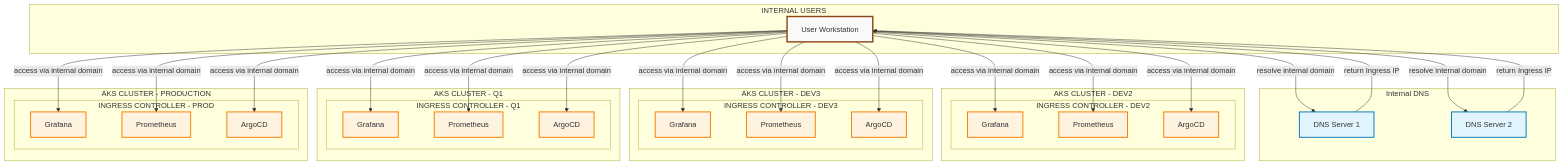
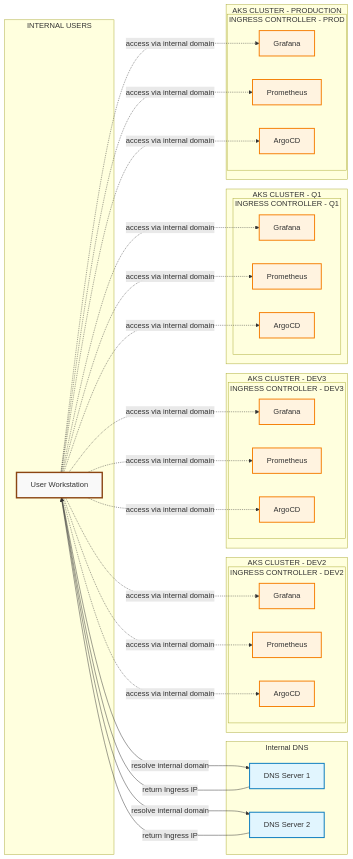
One commit to infra-wizard/infra-ops changed the diagram in network-architecture-diagram.md. Above: the diagram before and after it, drawn with Mermaid.

````diff
--- a/network-architecture-diagram.md
+++ b/network-architecture-diagram.md
@@ -7,77 +7,77 @@
 ```mermaid
-graph TB
+graph LR
     subgraph "INTERNAL USERS"
         UW[User Workstation]
     end
     
     subgraph "Internal DNS"
         DNS1[DNS Server 1]
         DNS2[DNS Server 2]
     end
     
     subgraph "AKS CLUSTER - DEV2"
         subgraph "INGRESS CONTROLLER - DEV2"
             GRAFANA2[Grafana]
             PROMETHEUS2[Prometheus]
             ARGOCD2[ArgoCD]
         end
     end
     
     subgraph "AKS CLUSTER - DEV3"
         subgraph "INGRESS CONTROLLER - DEV3"
             GRAFANA3[Grafana]
             PROMETHEUS3[Prometheus]
             ARGOCD3[ArgoCD]
         end
     end
     
     subgraph "AKS CLUSTER - Q1"
         subgraph "INGRESS CONTROLLER - Q1"
             GRAFANA4[Grafana]
             PROMETHEUS4[Prometheus]
             ARGOCD4[ArgoCD]
         end
     end
     
     subgraph "AKS CLUSTER - PRODUCTION"
         subgraph "INGRESS CONTROLLER - PROD"
             GRAFANA1[Grafana]
             PROMETHEUS1[Prometheus]
             ARGOCD1[ArgoCD]
         end
     end
     
     %% DNS Resolution Flow
     UW -->|resolve internal domain| DNS1
     UW -->|resolve internal domain| DNS2
     DNS1 -->|return Ingress IP| UW
     DNS2 -->|return Ingress IP| UW
     
-    %% Application Access Flow
-    UW -->|access via internal domain| GRAFANA2
-    UW -->|access via internal domain| PROMETHEUS2
-    UW -->|access via internal domain| ARGOCD2
+    %% Application Access Flow - curved arrows to match original
+    UW -.->|access via internal domain| GRAFANA2
+    UW -.->|access via internal domain| PROMETHEUS2
+    UW -.->|access via internal domain| ARGOCD2
     
-    UW -->|access via internal domain| GRAFANA3
-    UW -->|access via internal domain| PROMETHEUS3
-    UW -->|access via internal domain| ARGOCD3
+    UW -.->|access via internal domain| GRAFANA3
+    UW -.->|access via internal domain| PROMETHEUS3
+    UW -.->|access via internal domain| ARGOCD3
     
-    UW -->|access via internal domain| GRAFANA4
-    UW -->|access via internal domain| PROMETHEUS4
-    UW -->|access via internal domain| ARGOCD4
+    UW -.->|access via internal domain| GRAFANA4
+    UW -.->|access via internal domain| PROMETHEUS4
+    UW -.->|access via internal domain| ARGOCD4
     
-    UW -->|access via internal domain| GRAFANA1
-    UW -->|access via internal domain| PROMETHEUS1
-    UW -->|access via internal domain| ARGOCD1
+    UW -.->|access via internal domain| GRAFANA1
+    UW -.->|access via internal domain| PROMETHEUS1
+    UW -.->|access via internal domain| ARGOCD1
     
-    %% Styling
+    %% Styling to match original colors
     classDef userBox fill:#f9f9f9,stroke:#8B4513,stroke-width:3px
     classDef dnsBox fill:#e1f5fe,stroke:#0277bd,stroke-width:2px
     classDef clusterBox fill:#f3e5f5,stroke:#7b1fa2,stroke-width:3px
     classDef ingressBox fill:#e8f5e8,stroke:#2e7d32,stroke-width:2px
     classDef appBox fill:#fff3e0,stroke:#f57c00,stroke-width:2px
     
     class UW userBox
     class DNS1,DNS2 dnsBox
     class GRAFANA2,PROMETHEUS2,ARGOCD2,GRAFANA3,PROMETHEUS3,ARGOCD3,GRAFANA4,PROMETHEUS4,ARGOCD4,GRAFANA1,PROMETHEUS1,ARGOCD1 appBox
 ```
````
